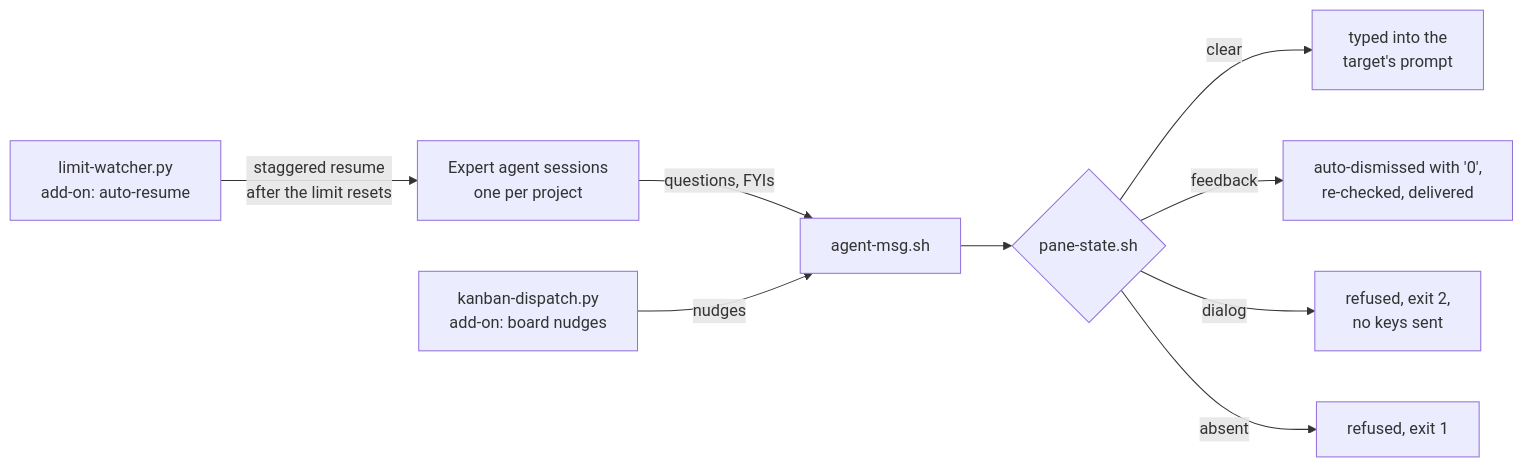
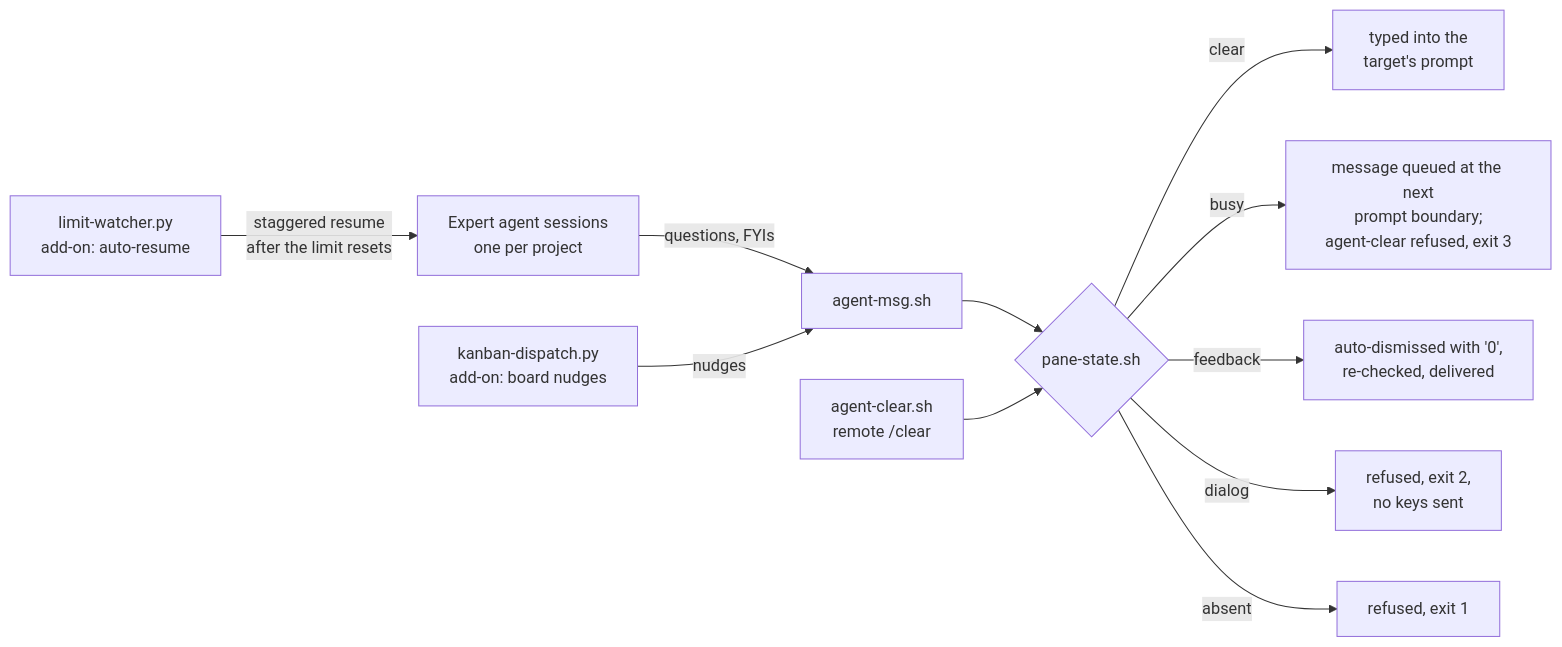
One commit to luca-bettermann/multi-agent-infra changed the diagram in README.md. Above: the diagram before and after it, drawn with Mermaid. The commit also changed other lines of this file and 4 other files, not shown here.

First line of the commit message:
agent-clear: clear another session's context with a verified remote /clear

````diff
--- a/README.md
+++ b/README.md
@@ -11,11 +11,13 @@
 ```mermaid
 flowchart LR
     agents[Expert agent sessions<br>one per project] -->|questions, FYIs| msg[agent-msg.sh]
     dispatcher[kanban-dispatch.py<br>add-on: board nudges] -->|nudges| msg
     msg --> pane{pane-state.sh}
+    clearer[agent-clear.sh<br>remote /clear] --> pane
     pane -->|clear| deliver[typed into the<br>target's prompt]
+    pane -->|busy| queued[message queued at the next<br>prompt boundary;<br>agent-clear refused, exit 3]
     pane -->|feedback| dismiss[auto-dismissed with '0',<br>re-checked, delivered]
     pane -->|dialog| refuse[refused, exit 2,<br>no keys sent]
     pane -->|absent| fail[refused, exit 1]
     watcher[limit-watcher.py<br>add-on: auto-resume] -->|staggered resume<br>after the limit resets| agents
 ```
````
